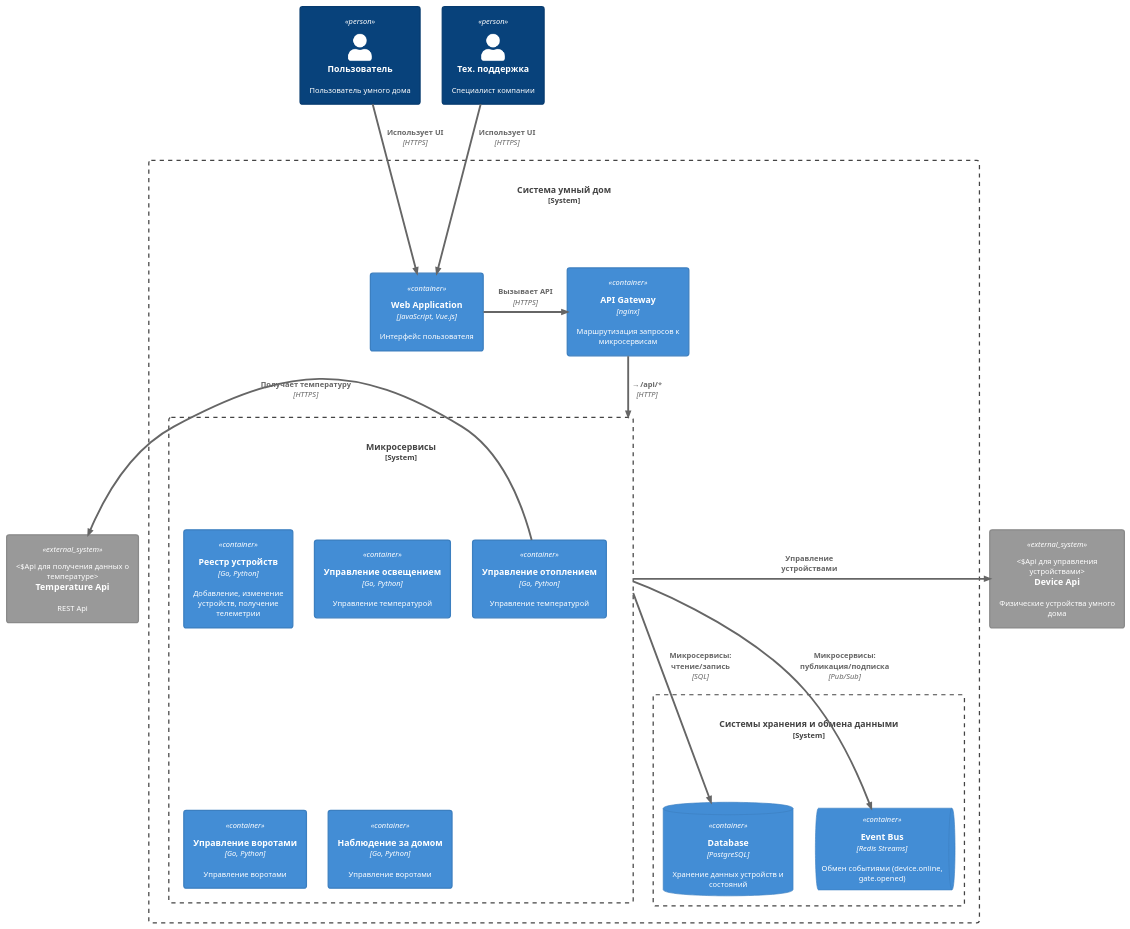
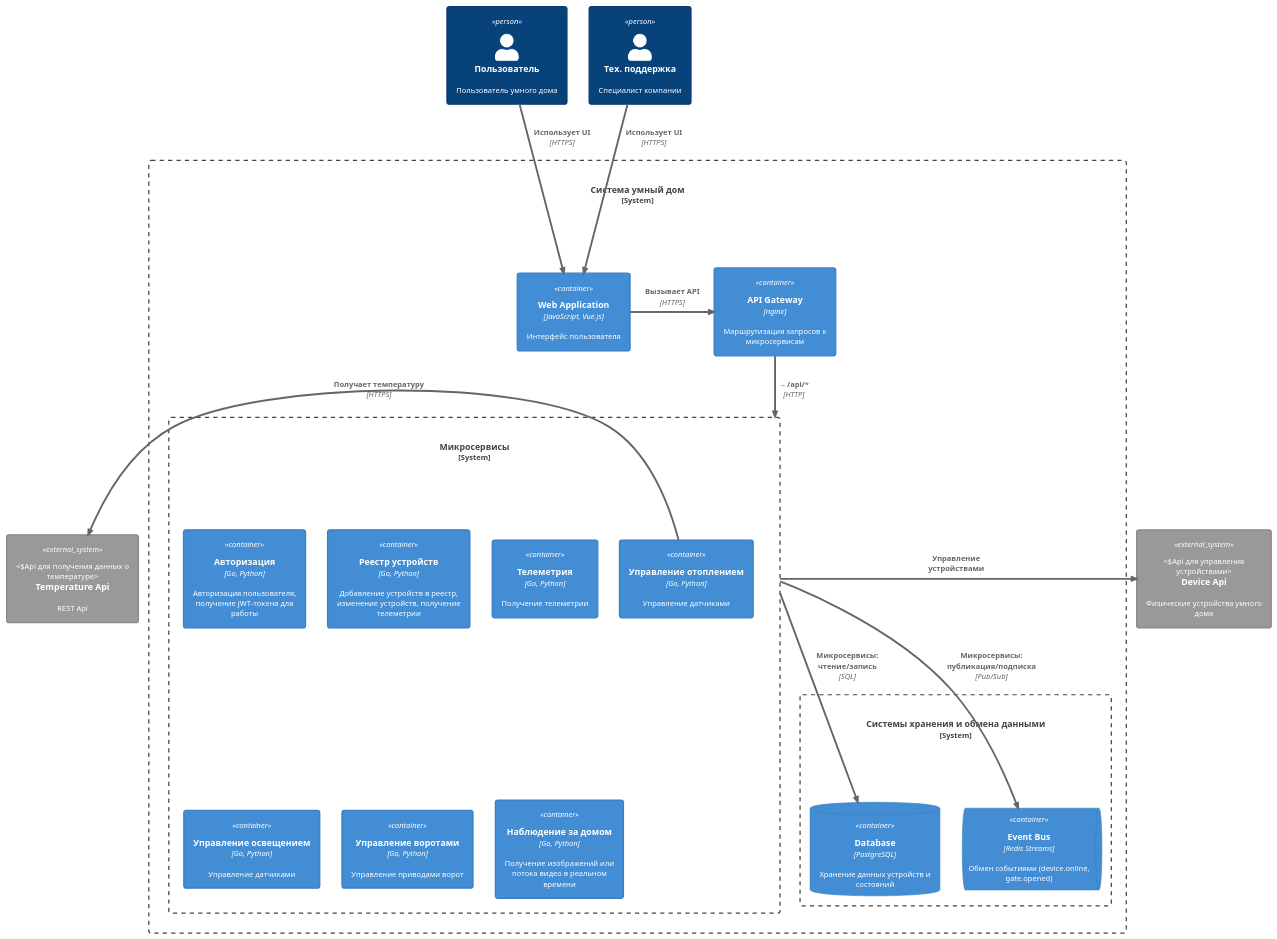
One commit to AlexDmitriev/architecture-pro-warmhouse changed the diagram in diagrams/src/container/microservices.wsd. Above: the diagram before and after it, drawn with PlantUML. The commit also changed 13 other files, not shown here.

Commit message:
Спринт 1: добавление авторизации и телеметрии

```diff
--- a/diagrams/src/container/microservices.wsd
+++ b/diagrams/src/container/microservices.wsd
@@ -1,41 +1,43 @@
 @startuml
 !theme cerulean
 !include https://raw.githubusercontent.com/plantuml-stdlib/C4-PlantUML/master/C4_Container.puml
 
 Person(user, "Пользователь", "Пользователь умного дома")
 Person(support, "Тех. поддержка", "Специалист компании")
 
 System_Ext(temperatureApi, "Temperature Api", "REST Api", "Api для получения данных о температуре")
 System_Ext(extDevice, "Device Api", "Физические устройства умного дома", "Api для управления устройствами")
 
 System_Boundary(c0, "Система умный дом") {
     Container(webapp, "Web Application", "JavaScript, Vue.js", "Интерфейс пользователя")
     Container(apiGateway, "API Gateway", "nginx", "Маршрутизация запросов к микросервисам")
     
     System_Boundary(c1, "Микросервисы") {
-        Container(deviceRegistry, "Реестр устройств", "Go, Python", "Добавление, изменение устройств, получение телеметрии")
-        Container(heatingControl, "Управление отоплением", "Go, Python", "Управление температурой")
-        Container(lightingControl, "Управление освещением", "Go, Python", "Управление температурой")
-        Container(gatesControl, "Управление воротами", "Go, Python", "Управление воротами")
-        Container(homeMonitoring, "Наблюдение за домом", "Go, Python", "Управление воротами")
+        Container(auth, "Авторизация", "Go, Python", "Авторизация пользователя, получение JWT-токена для работы")
+        Container(deviceRegistry, "Реестр устройств", "Go, Python", "Добавление устройств в реестр, изменение устройств, получение телеметрии")
+        Container(telemetry, "Телеметрия", "Go, Python", "Получение телеметрии")
+        Container(heatingControl, "Управление отоплением", "Go, Python", "Управление датчиками")
+        Container(lightingControl, "Управление освещением", "Go, Python", "Управление датчиками")
+        Container(gatesControl, "Управление воротами", "Go, Python", "Управление приводами ворот")
+        Container(homeMonitoring, "Наблюдение за домом", "Go, Python", "Получение изображений или потока видео в реальном времени")
     }
     
     System_Boundary(c2, "Системы хранения и обмена данными") {
         ContainerDb(database, "Database", "PostgreSQL", "Хранение данных устройств и состояний")
         ContainerQueue(eventBus, "Event Bus", "Redis Streams", "Обмен событиями (device.online, gate.opened)")
     }
 }
 
 Rel(user, webapp, "Использует UI", "HTTPS")
 Rel(support, webapp, "Использует UI", "HTTPS")
 Rel_R(webapp, apiGateway, "Вызывает API", "HTTPS")
 
 Rel_D(apiGateway, c1, "→ /api/*", "HTTP")
 
 Rel(c1, database, "Микросервисы: чтение/запись", "SQL")
 Rel(c1, eventBus, "Микросервисы: публикация/подписка", "Pub/Sub")
 
 Rel_L(heatingControl, temperatureApi, "Получает температуру", "HTTPS")
 Rel_R(c1, extDevice, "Управление устройствами")
 
 @enduml
```
